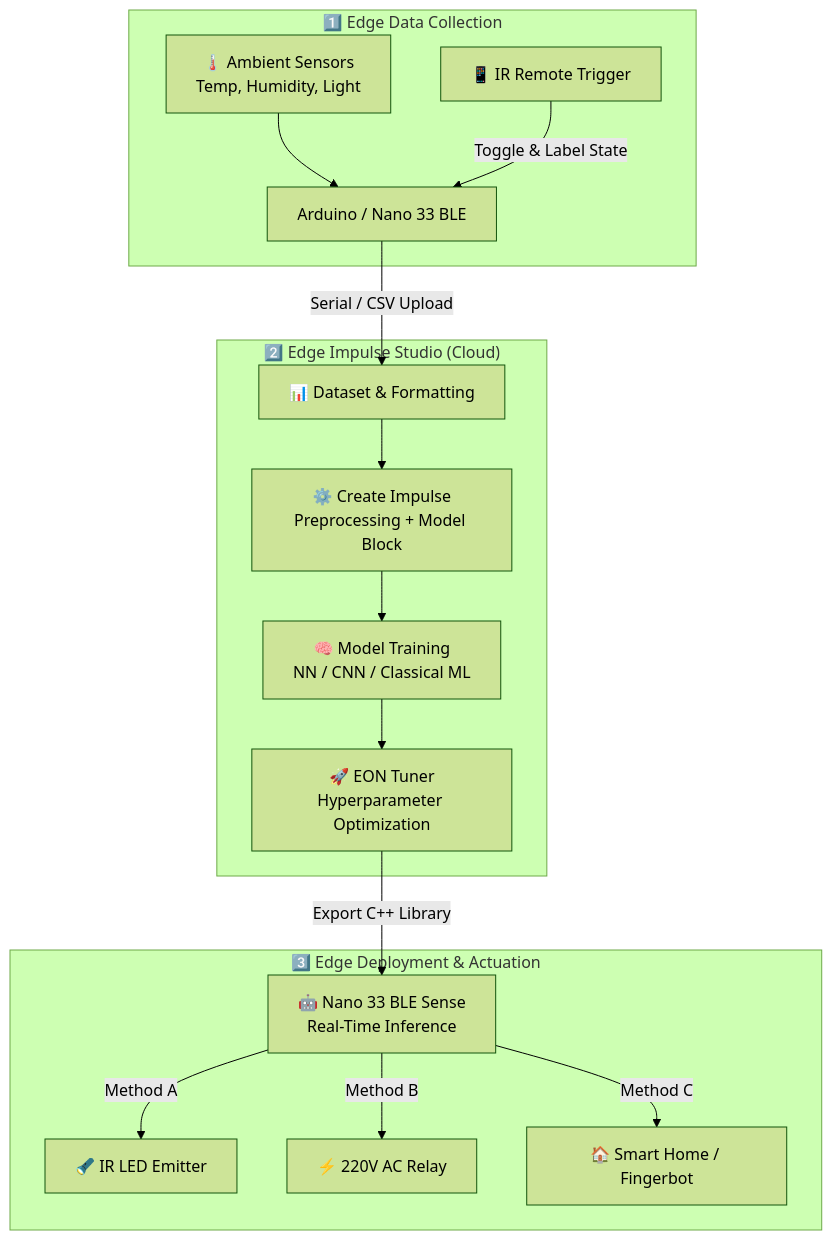
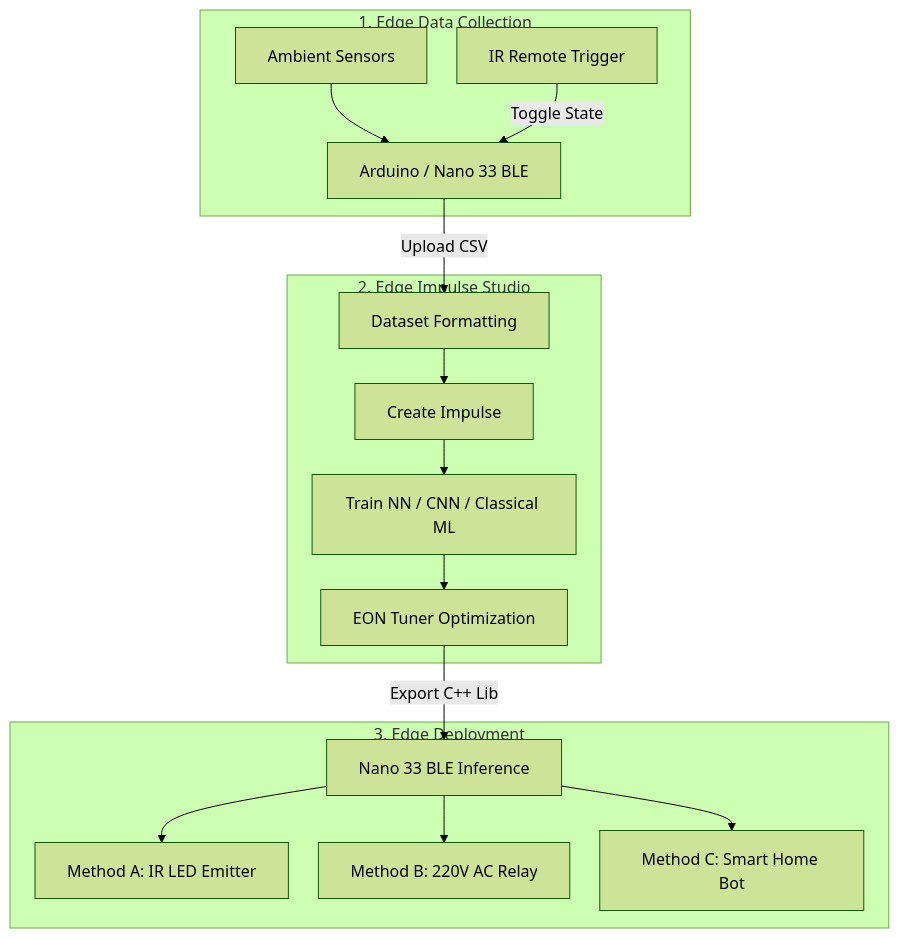
One commit to antor44/Acquisition4microcontrollers changed the second of 2 diagrams in README.md. Above: the diagram before and after it, drawn with Mermaid (forest theme). The commit also changed other lines of this file, not shown here.

````diff
--- a/README.md
+++ b/README.md
@@ -115,21 +116,22 @@
 ```mermaid
+%%{init: {'flowchart': {'padding': 16, 'nodeSpacing': 30, 'rankSpacing': 35}}}%%
 flowchart TD
-    subgraph 1_Data_Acquisition ["1️⃣ Edge Data Collection"]
-        S[🌡️ Ambient Sensors<br/>Temp, Humidity, Light] --> MCU1[Arduino / Nano 33 BLE]
-        IR[📱 IR Remote Trigger] -->|Toggle & Label State| MCU1
+    subgraph Phase1 ["1. Edge Data Collection"]
+        S["Ambient Sensors"] --> MCU1["Arduino / Nano 33 BLE"]
+        IR["IR Remote Trigger"] -->|Toggle State| MCU1
     end
 
-    subgraph 2_Cloud_Training ["2️⃣ Edge Impulse Studio (Cloud)"]
-        MCU1 -->|Serial / CSV Upload| EI_D[📊 Dataset & Formatting]
-        EI_D --> EI_I[⚙️ Create Impulse<br/>Preprocessing + Model Block]
-        EI_I --> EI_T[🧠 Model Training<br/>NN / CNN / Classical ML]
-        EI_T --> EI_O[🚀 EON Tuner<br/>Hyperparameter Optimization]
+    subgraph Phase2 ["2. Edge Impulse Studio"]
+        MCU1 -->|Upload CSV| EI_D["Dataset Formatting"]
+        EI_D --> EI_I["Create Impulse"]
+        EI_I --> EI_T["Train NN / CNN / Classical ML"]
+        EI_T --> EI_O["EON Tuner Optimization"]
     end
 
-    subgraph 3_Deployment ["3️⃣ Edge Deployment & Actuation"]
-        EI_O -->|Export C++ Library| MCU2[🤖 Nano 33 BLE Sense<br/>Real-Time Inference]
-        MCU2 -->|Method A| ACT1[🔦 IR LED Emitter]
-        MCU2 -->|Method B| ACT2[⚡ 220V AC Relay]
-        MCU2 -->|Method C| ACT3[🏠 Smart Home / Fingerbot]
+    subgraph Phase3 ["3. Edge Deployment"]
+        EI_O -->|Export C++ Lib| MCU2["Nano 33 BLE Inference"]
+        MCU2 --> ACT1["Method A: IR LED Emitter"]
+        MCU2 --> ACT2["Method B: 220V AC Relay"]
+        MCU2 --> ACT3["Method C: Smart Home Bot"]
     end
 ```
````
